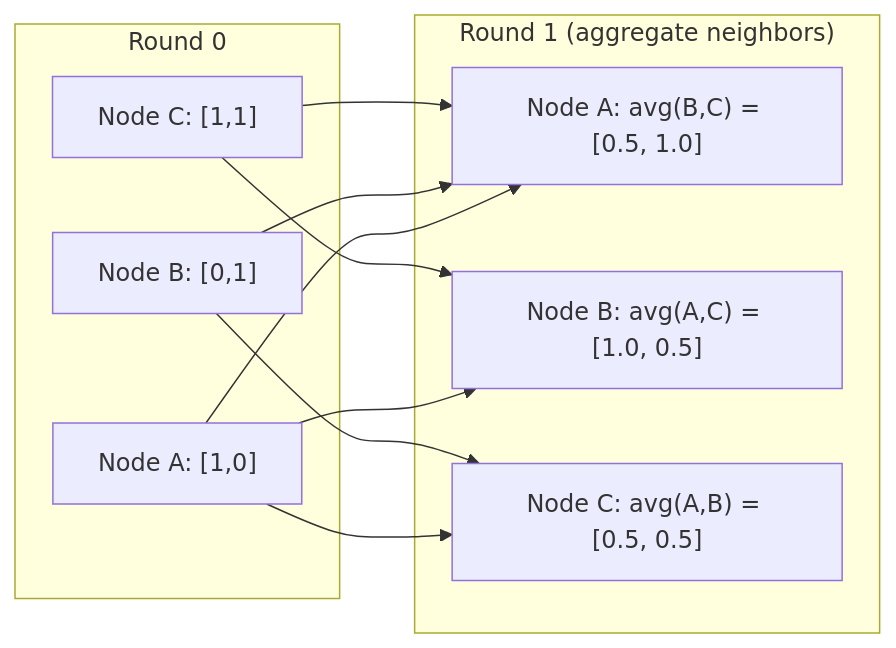
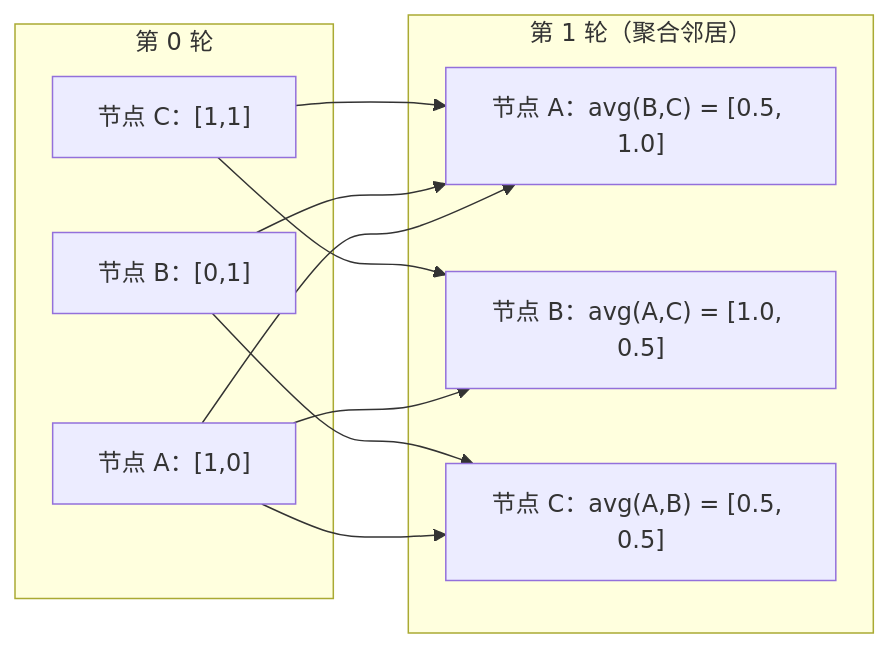
The second of 2 diagrams in phases/01-math-foundations/21-graph-theory.md (cq0206/ai-engineering-from-scratch), drawn with Mermaid before and after one commit. The commit also changed other lines of this file and 150 other files, not shown here.

````diff
--- a/phases/01-math-foundations/21-graph-theory.md
+++ b/phases/01-math-foundations/21-graph-theory.md
@@ -210,20 +210,20 @@
 ```mermaid
 graph LR
-    subgraph "Round 0"
-        A0["Node A: [1,0]"]
-        B0["Node B: [0,1]"]
-        C0["Node C: [1,1]"]
+    subgraph "第 0 轮"
+        A0["节点 A：[1,0]"]
+        B0["节点 B：[0,1]"]
+        C0["节点 C：[1,1]"]
     end
-    subgraph "Round 1 (aggregate neighbors)"
-        A1["Node A: avg(B,C) = [0.5, 1.0]"]
-        B1["Node B: avg(A,C) = [1.0, 0.5]"]
-        C1["Node C: avg(A,B) = [0.5, 0.5]"]
+    subgraph "第 1 轮（聚合邻居）"
+        A1["节点 A：avg(B,C) = [0.5, 1.0]"]
+        B1["节点 B：avg(A,C) = [1.0, 0.5]"]
+        C1["节点 C：avg(A,B) = [0.5, 0.5]"]
     end
     A0 --> A1
     B0 --> A1
     C0 --> A1
     A0 --> B1
     C0 --> B1
     A0 --> C1
     B0 --> C1
 ```
````
